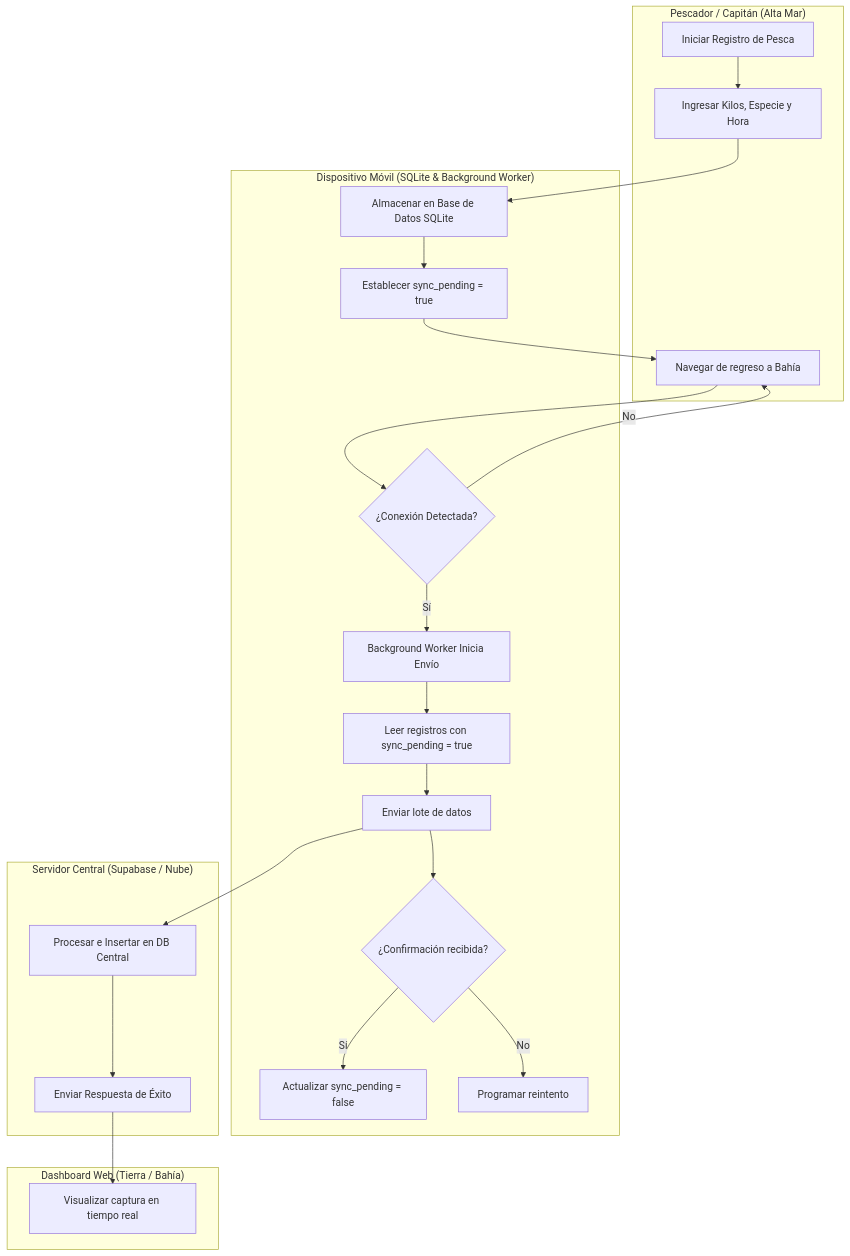
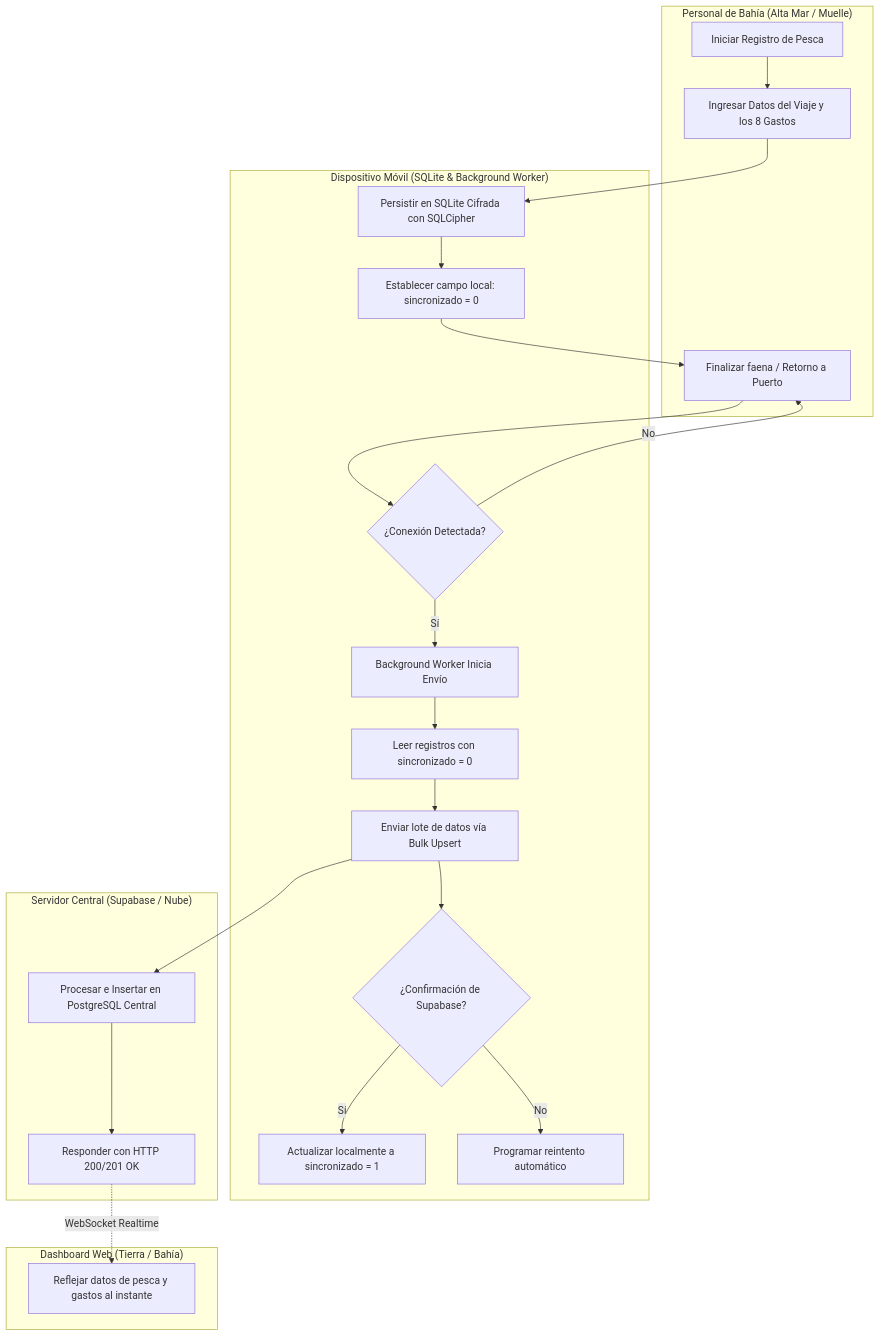
Before and after one commit to brismarinatracker-corporation/Brismar: the diagram in docs/brismar_brain/flujos/FLUJO_02_REGISTRO_PESCA.md, drawn with Mermaid. The commit also changed other lines of this file and 4 other files, not shown here.

First line of the commit message:
docs(flujos): alinear flujos de documentación con base de datos, lógica de red y mitigaciones offline

````diff
--- a/docs/brismar_brain/flujos/FLUJO_02_REGISTRO_PESCA.md
+++ b/docs/brismar_brain/flujos/FLUJO_02_REGISTRO_PESCA.md
@@ -9,30 +11,30 @@
 ```mermaid
 graph TB
-    subgraph Pescador ["Pescador / Capitán (Alta Mar)"]
-        A[Iniciar Registro de Pesca] --> B[Ingresar Kilos, Especie y Hora]
-        E[Navegar de regreso a Bahía]
+    subgraph Bahia ["Personal de Bahía (Alta Mar / Muelle)"]
+        A[Iniciar Registro de Pesca] --> B[Ingresar Datos del Viaje y los 8 Gastos]
+        E[Finalizar faena / Retorno a Puerto]
     end
 
     subgraph Dispositivo ["Dispositivo Móvil (SQLite & Background Worker)"]
-        B --> C[Almacenar en Base de Datos SQLite]
-        C --> D[Establecer sync_pending = true]
+        B --> C[Persistir en SQLite Cifrada con SQLCipher]
+        C --> D[Establecer campo local: sincronizado = 0]
         D --> E
         E --> F{¿Conexión Detectada?}
         F -- Sí --> G[Background Worker Inicia Envío]
         F -- No --> E
-        G --> H[Leer registros con sync_pending = true]
-        H --> I[Enviar lote de datos]
-        I --> J{¿Confirmación recibida?}
-        J -- Sí --> K[Actualizar sync_pending = false]
-        J -- No --> L[Programar reintento]
+        G --> H[Leer registros con sincronizado = 0]
+        H --> I[Enviar lote de datos vía Bulk Upsert]
+        I --> J{¿Confirmación de Supabase?}
+        J -- Sí --> K[Actualizar localmente a sincronizado = 1]
+        J -- No --> L[Programar reintento automático]
     end
 
     subgraph Supabase ["Servidor Central (Supabase / Nube)"]
-        I --> RecibirDatos[Procesar e Insertar en DB Central]
-        RecibirDatos --> Confirmar[Enviar Respuesta de Éxito]
+        I --> RecibirDatos[Procesar e Insertar en PostgreSQL Central]
+        RecibirDatos --> Confirmar[Responder con HTTP 200/201 OK]
     end
 
     subgraph WebDashboard ["Dashboard Web (Tierra / Bahía)"]
-        Confirmar --> MostrarWeb[Visualizar captura en tiempo real]
+        Confirmar -.->|WebSocket Realtime| MostrarWeb[Reflejar datos de pesca y gastos al instante]
     end
 ```
````
